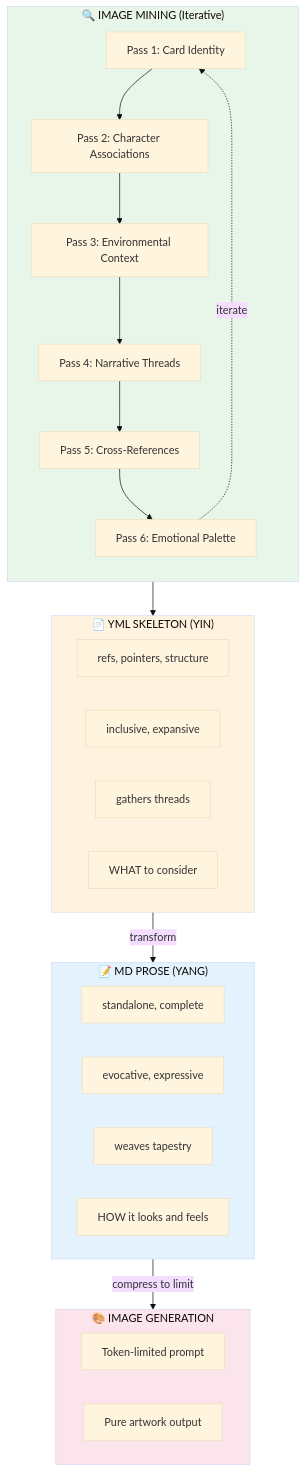
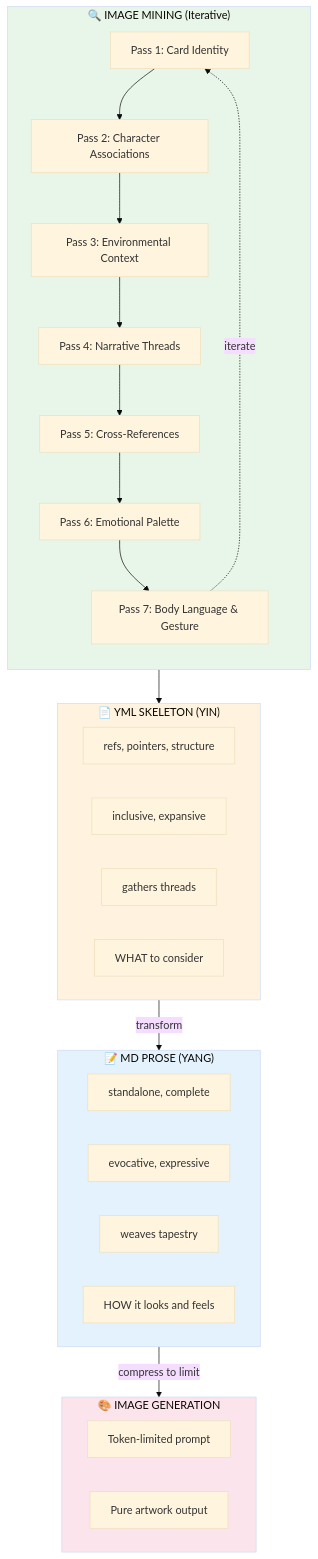
The second of 2 diagrams in skills/experiment/experiments/fluxx-chaos/runs/amsterdam-flux/artwork/ARTWORK.md (SimHacker/moollm), drawn with Mermaid (base theme) before and after one commit. The commit also changed other lines of this file, not shown here.

First line of the commit message:
[ARTWORK] Add Pass 7: Body Language & Gesture!

````diff
--- a/skills/experiment/experiments/fluxx-chaos/runs/amsterdam-flux/artwork/ARTWORK.md
+++ b/skills/experiment/experiments/fluxx-chaos/runs/amsterdam-flux/artwork/ARTWORK.md
@@ -177,43 +186,44 @@
 ```mermaid
 flowchart TB
     subgraph MINING["🔍 IMAGE MINING (Iterative)"]
         direction TB
         P1[Pass 1: Card Identity]
         P2[Pass 2: Character Associations]
         P3[Pass 3: Environmental Context]
         P4[Pass 4: Narrative Threads]
         P5[Pass 5: Cross-References]
         P6[Pass 6: Emotional Palette]
+        P7[Pass 7: Body Language & Gesture]
         
-        P1 --> P2 --> P3 --> P4 --> P5 --> P6
-        P6 -.->|"iterate"| P1
+        P1 --> P2 --> P3 --> P4 --> P5 --> P6 --> P7
+        P7 -.->|"iterate"| P1
     end
 
     subgraph YML["📄 YML SKELETON (YIN)"]
         Y1[refs, pointers, structure]
         Y2[inclusive, expansive]
         Y3[gathers threads]
         Y4[WHAT to consider]
     end
 
     subgraph MD["📝 MD PROSE (YANG)"]
         M1[standalone, complete]
         M2[evocative, expressive]
         M3[weaves tapestry]
         M4[HOW it looks and feels]
     end
 
     subgraph IMG["🎨 IMAGE GENERATION"]
         I1[Token-limited prompt]
         I2[Pure artwork output]
     end
 
     MINING --> YML
     YML -->|"transform"| MD
     MD -->|"compress to limit"| IMG
 
     style MINING fill:#e8f5e9
     style YML fill:#fff3e0
     style MD fill:#e3f2fd
     style IMG fill:#fce4ec
 ```
````
